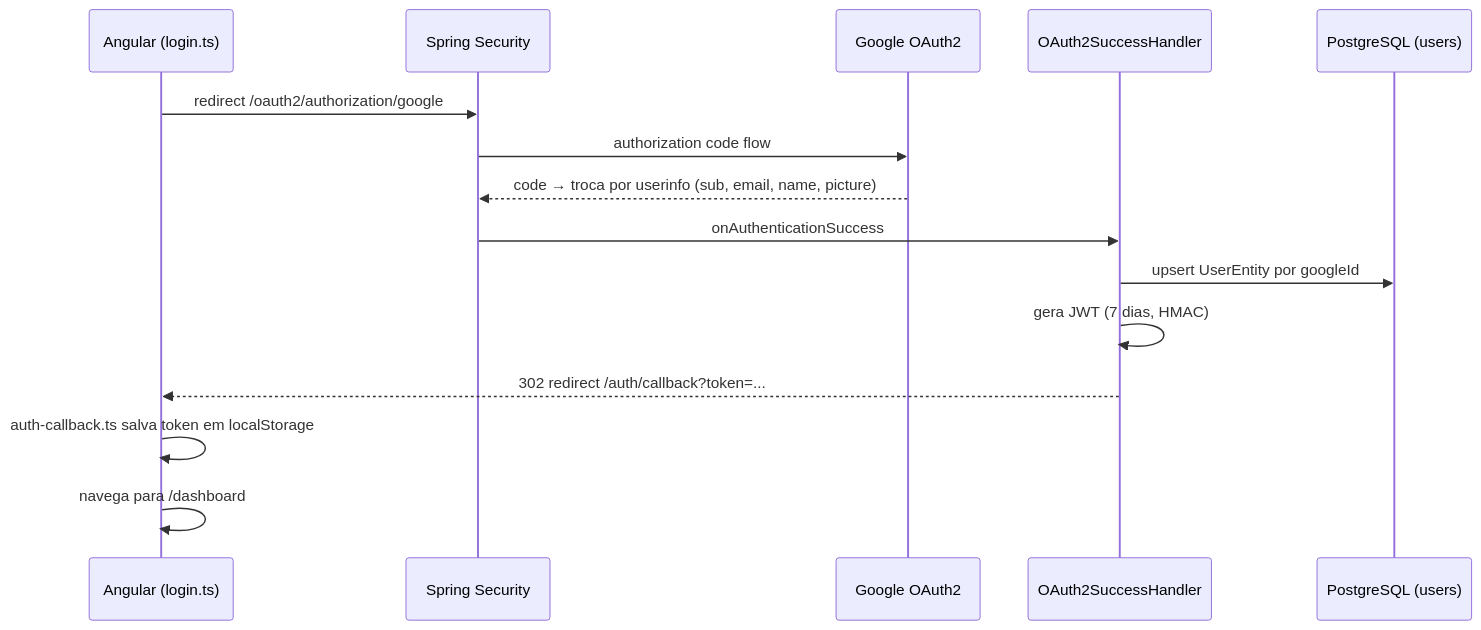
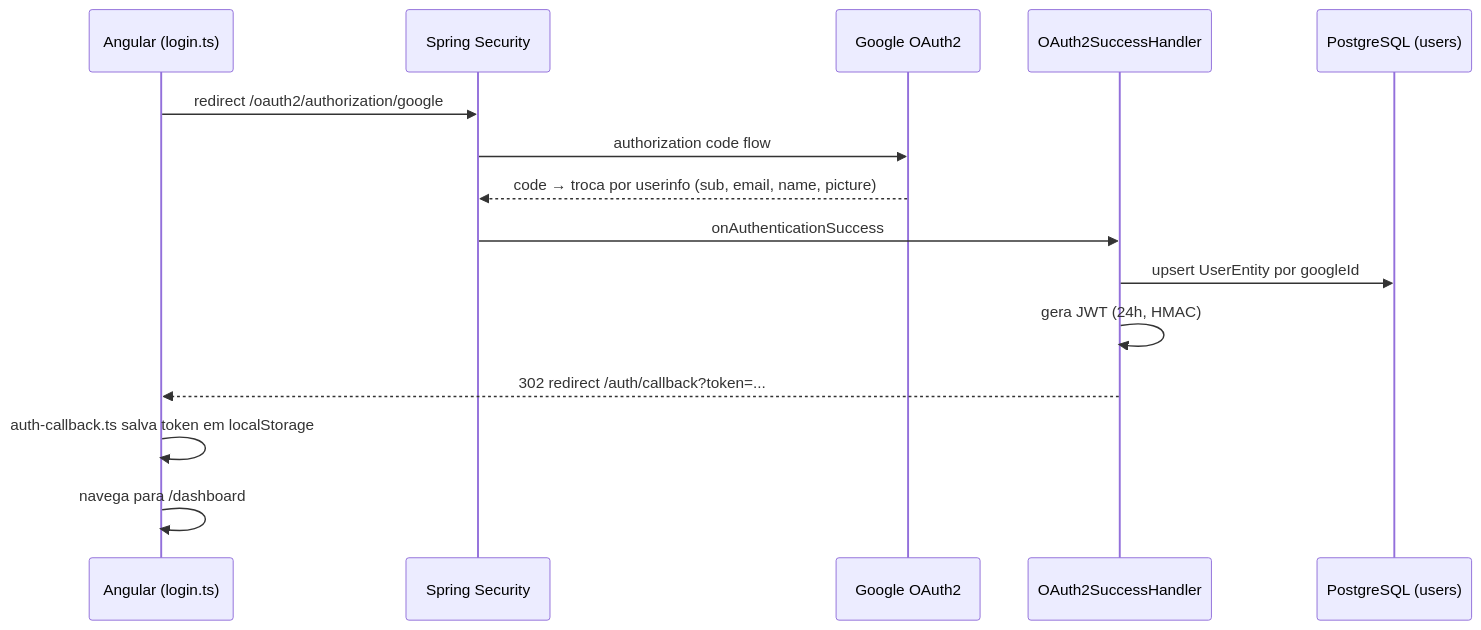
One commit to bpieropandev-hash/stock-ai-analyzer changed the fourth of 4 diagrams in docs/PROJECT_DOCUMENTATION.md. Above: the diagram before and after it, drawn with Mermaid. The commit also changed other lines of this file and 18 other files, not shown here.

````diff
--- a/docs/PROJECT_DOCUMENTATION.md
+++ b/docs/PROJECT_DOCUMENTATION.md
@@ -360,18 +376,18 @@
 ```mermaid
 sequenceDiagram
     participant FE as Angular (login.ts)
     participant BE as Spring Security
     participant G as Google OAuth2
     participant H as OAuth2SuccessHandler
     participant DB as PostgreSQL (users)
 
     FE->>BE: redirect /oauth2/authorization/google
     BE->>G: authorization code flow
     G-->>BE: code → troca por userinfo (sub, email, name, picture)
     BE->>H: onAuthenticationSuccess
     H->>DB: upsert UserEntity por googleId
-    H->>H: gera JWT (7 dias, HMAC)
+    H->>H: gera JWT (24h, HMAC)
     H-->>FE: 302 redirect /auth/callback?token=...
     FE->>FE: auth-callback.ts salva token em localStorage
     FE->>FE: navega para /dashboard
 ```
````
